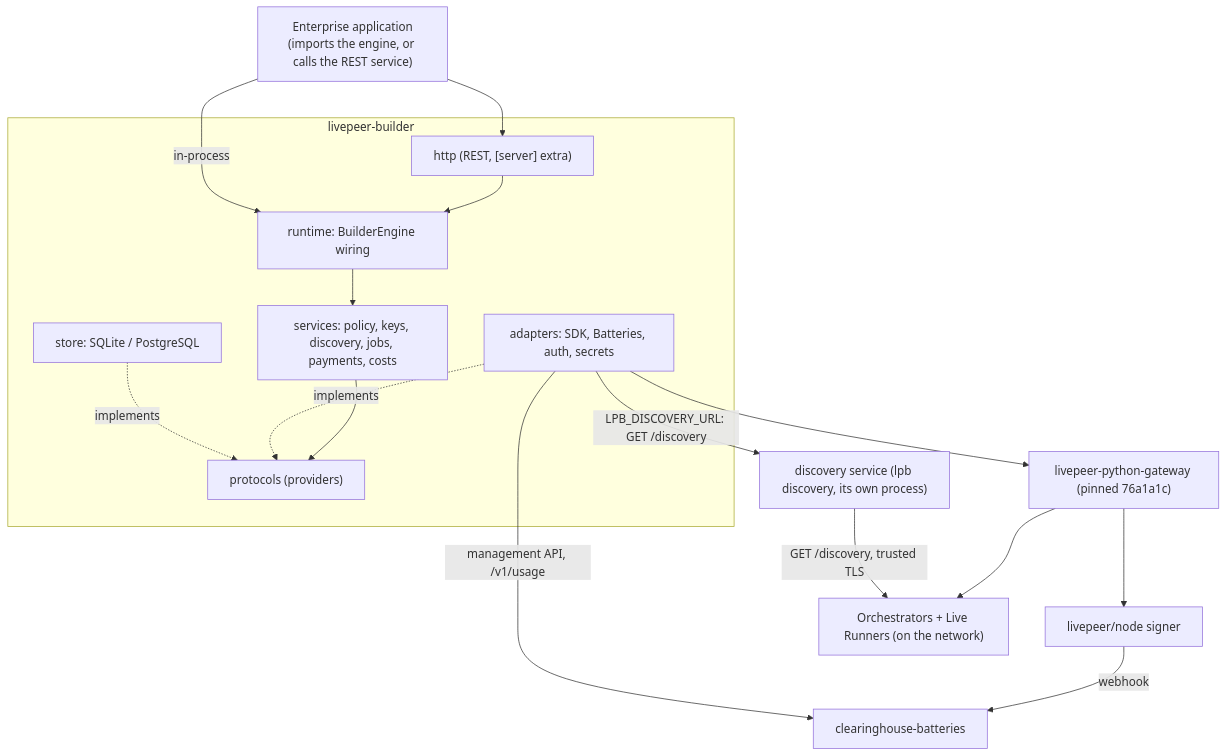
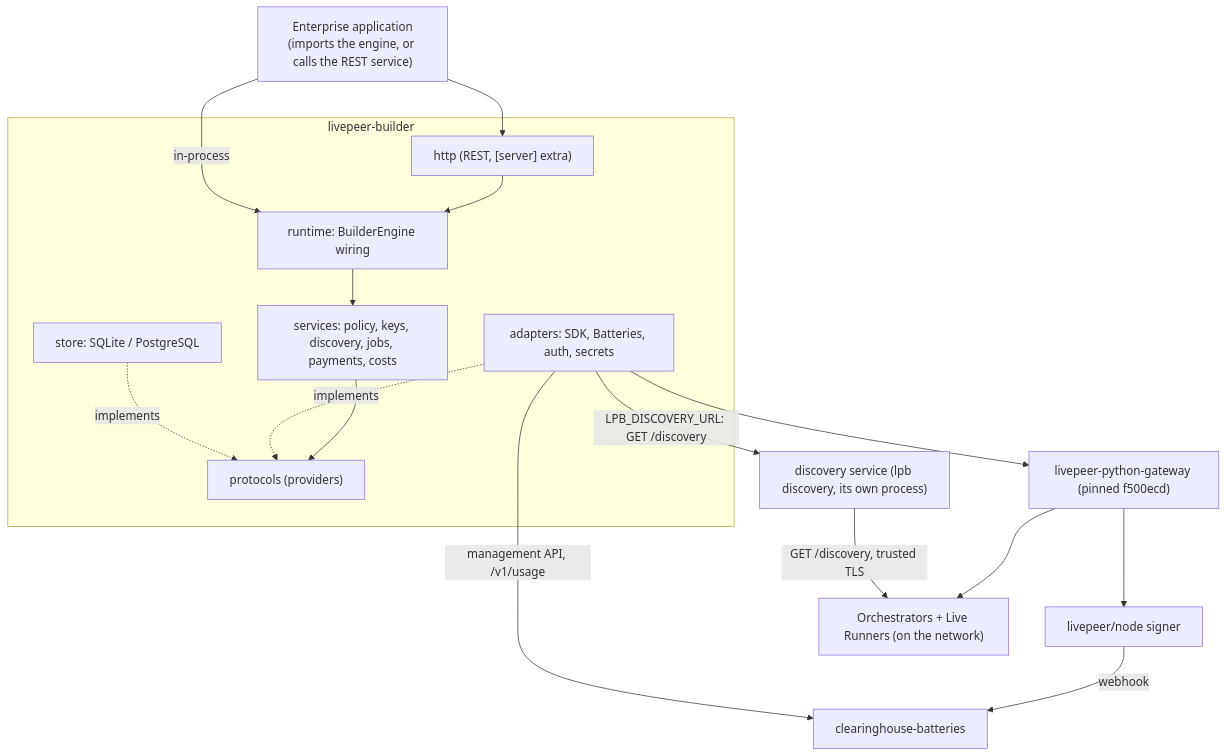
Before and after one commit to NE-Build-Track/livepeer-builder-core: the diagram in ARCHITECTURE.md, drawn with Mermaid. The commit also changed 17 other files, not shown here.

````diff
--- a/ARCHITECTURE.md
+++ b/ARCHITECTURE.md
@@ -7,26 +7,26 @@
 ```mermaid
 flowchart TB
     App["Enterprise application<br/>(imports the engine, or calls the REST service)"]
     subgraph Engine["livepeer-builder"]
         HTTP["http (REST, [server] extra)"]
         RT["runtime: BuilderEngine wiring"]
         SVC["services: policy, keys, discovery, jobs, payments, costs"]
         PROV["protocols (providers)"]
         AD["adapters: SDK, Batteries, auth, secrets"]
         ST["store: SQLite / PostgreSQL"]
     end
     Disc["discovery service (lpb discovery, its own process)"]
-    SDK["livepeer-python-gateway (pinned 76a1a1c)"]
+    SDK["livepeer-python-gateway (pinned f500ecd)"]
     Signer["livepeer/node signer"]
     Bat["clearinghouse-batteries"]
     Orch["Orchestrators + Live Runners (on the network)"]
     App --> HTTP --> RT
     App -->|"in-process"| RT
     RT --> SVC --> PROV
     AD -.implements.-> PROV
     ST -.implements.-> PROV
     AD --> SDK --> Signer -->|"webhook"| Bat
     SDK --> Orch
     AD -->|"LPB_DISCOVERY_URL: GET /discovery"| Disc -->|"GET /discovery, trusted TLS"| Orch
     AD -->|"management API, /v1/usage"| Bat
 ```
````
